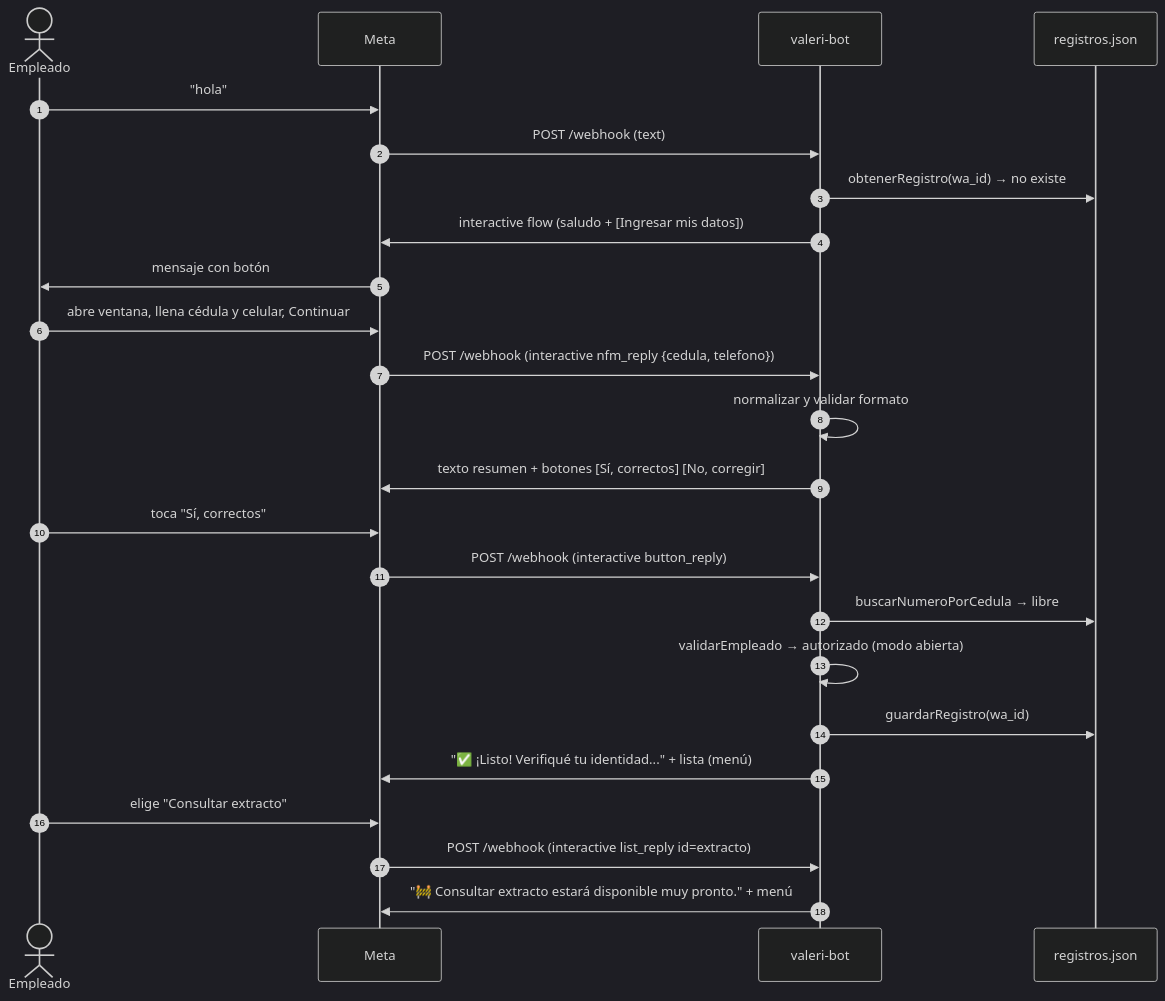
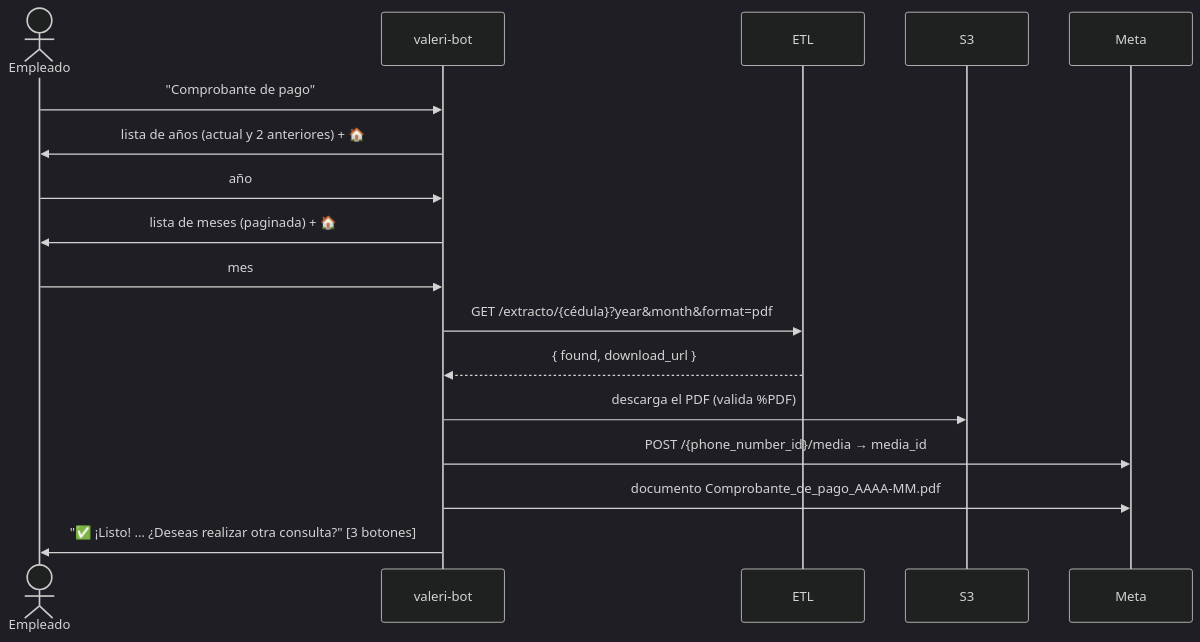
Before and after one commit to brayanfonseca-ai/valeri-bot: the fourth of 5 diagrams in docs/ARQUITECTURA_VALERI.md, drawn with Mermaid (dark theme). The commit also changed other lines of this file and 18 other files, not shown here.

Commit message:
Valeri: comprobante de pago, vacaciones, solicitud con calendario y cierre con 'otra consulta'

````diff
--- a/docs/ARQUITECTURA_VALERI.md
+++ b/docs/ARQUITECTURA_VALERI.md
@@ -276,27 +421,19 @@
 ```mermaid
 sequenceDiagram
-    autonumber
     actor U as Empleado
+    participant B as valeri-bot
+    participant E as ETL
+    participant S as S3
     participant M as Meta
-    participant B as valeri-bot
-    participant J as registros.json
-
-    U->>M: "hola"
-    M->>B: POST /webhook (text)
-    B->>J: obtenerRegistro(wa_id) → no existe
-    B->>M: interactive flow (saludo + [Ingresar mis datos])
-    M->>U: mensaje con botón
-    U->>M: abre ventana, llena cédula y celular, Continuar
-    M->>B: POST /webhook (interactive nfm_reply {cedula, telefono})
-    B->>B: normalizar y validar formato
-    B->>M: texto resumen + botones [Sí, correctos] [No, corregir]
-    U->>M: toca "Sí, correctos"
-    M->>B: POST /webhook (interactive button_reply)
-    B->>J: buscarNumeroPorCedula → libre
-    B->>B: validarEmpleado → autorizado (modo abierta)
-    B->>J: guardarRegistro(wa_id)
-    B->>M: "✅ ¡Listo! Verifiqué tu identidad..." + lista (menú)
-    U->>M: elige "Consultar extracto"
-    M->>B: POST /webhook (interactive list_reply id=extracto)
-    B->>M: "🚧 Consultar extracto estará disponible muy pronto." + menú
+    U->>B: "Comprobante de pago"
+    B->>U: lista de años (actual y 2 anteriores) + 🏠
+    U->>B: año
+    B->>U: lista de meses (paginada) + 🏠
+    U->>B: mes
+    B->>E: GET /extracto/{cédula}?year&month&format=pdf
+    E-->>B: { found, download_url }
+    B->>S: descarga el PDF (valida %PDF)
+    B->>M: POST /{phone_number_id}/media → media_id
+    B->>M: documento Comprobante_de_pago_AAAA-MM.pdf
+    B->>U: "✅ ¡Listo! … ¿Deseas realizar otra consulta?" [3 botones]
 ```
````
